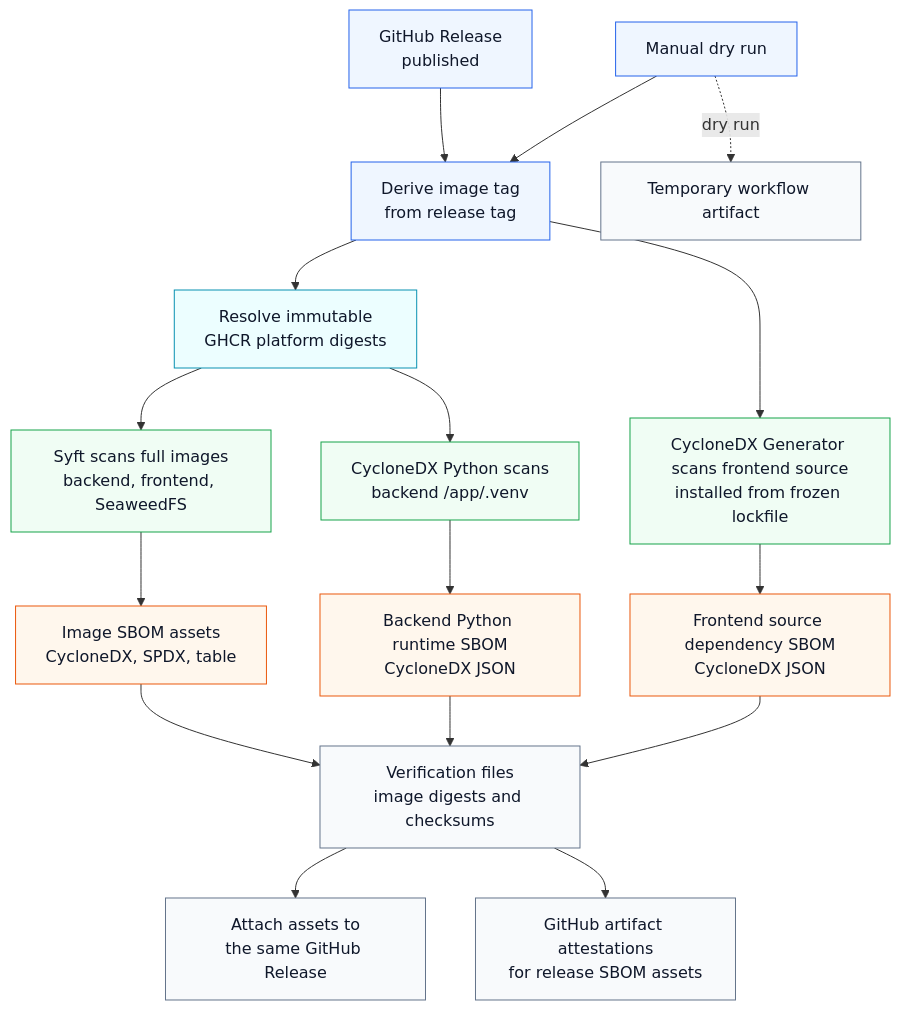
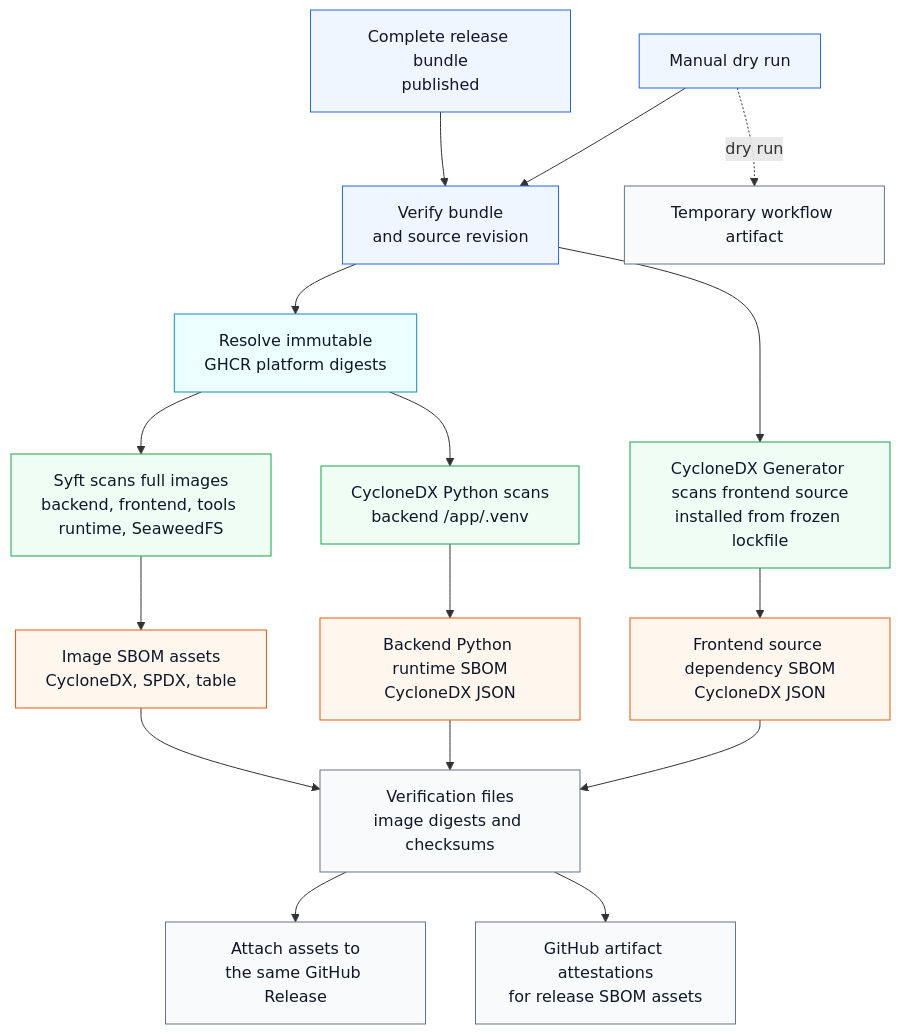
Before and after one commit to eneo-ai/eneo: the diagram in frontend/apps/docs-site/src/content/docs/release-sboms.mdx, drawn with Mermaid. The commit also changed other lines of this file and 224 other files, not shown here.

First line of the commit message:
feat(tools): ship isolated runtime and verified release bundles (#1008)

````diff
--- a/frontend/apps/docs-site/src/content/docs/release-sboms.mdx
+++ b/frontend/apps/docs-site/src/content/docs/release-sboms.mdx
@@ -88,44 +89,44 @@
 ```mermaid
 flowchart TD
-  release["GitHub Release<br/>published"]
+  release["Complete release bundle<br/>published"]
   manual["Manual dry run"]
-  tag["Derive image tag<br/>from release tag"]
+  tag["Verify bundle<br/>and source revision"]
   digests["Resolve immutable<br/>GHCR platform digests"]
 
-  syft["Syft scans full images<br/>backend, frontend, SeaweedFS"]
+  syft["Syft scans full images<br/>backend, frontend, tools runtime, SeaweedFS"]
   python["CycloneDX Python scans<br/>backend /app/.venv"]
   source["CycloneDX Generator scans frontend source<br/>installed from frozen lockfile"]
 
   imageSboms["Image SBOM assets<br/>CycloneDX, SPDX, table"]
   runtimeSbom["Backend Python runtime SBOM<br/>CycloneDX JSON"]
   sourceSbom["Frontend source dependency SBOM<br/>CycloneDX JSON"]
   verification["Verification files<br/>image digests and checksums"]
   attestation["GitHub artifact attestations<br/>for release SBOM assets"]
 
   release --> tag --> digests
   manual --> tag
   digests --> syft
   digests --> python
   tag --> source
   syft --> imageSboms
   python --> runtimeSbom
   source --> sourceSbom
   imageSboms --> verification
   runtimeSbom --> verification
   sourceSbom --> verification
   verification --> upload["Attach assets to<br/>the same GitHub Release"]
   verification --> attestation
   manual -. dry run .-> artifact["Temporary workflow artifact"]
 
   classDef trigger fill:#eff6ff,stroke:#2563eb,color:#0f172a
   classDef source fill:#ecfeff,stroke:#0891b2,color:#0f172a
   classDef scanner fill:#f0fdf4,stroke:#16a34a,color:#0f172a
   classDef asset fill:#fff7ed,stroke:#ea580c,color:#0f172a
   classDef output fill:#f8fafc,stroke:#64748b,color:#0f172a
 
   class release,manual,tag trigger
   class digests source
   class syft,python,source scanner
   class imageSboms,runtimeSbom,sourceSbom asset
   class verification,upload,artifact,attestation output
 ```
````
